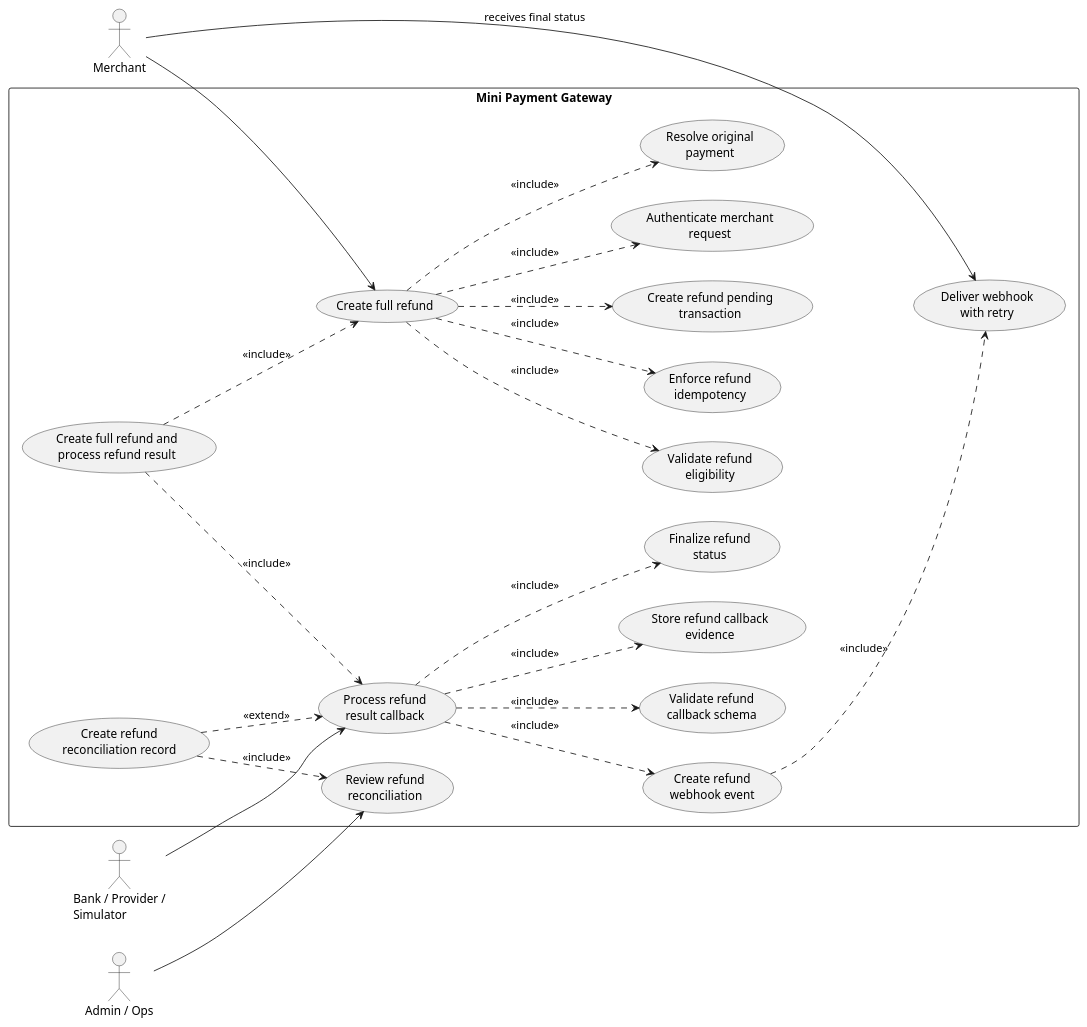
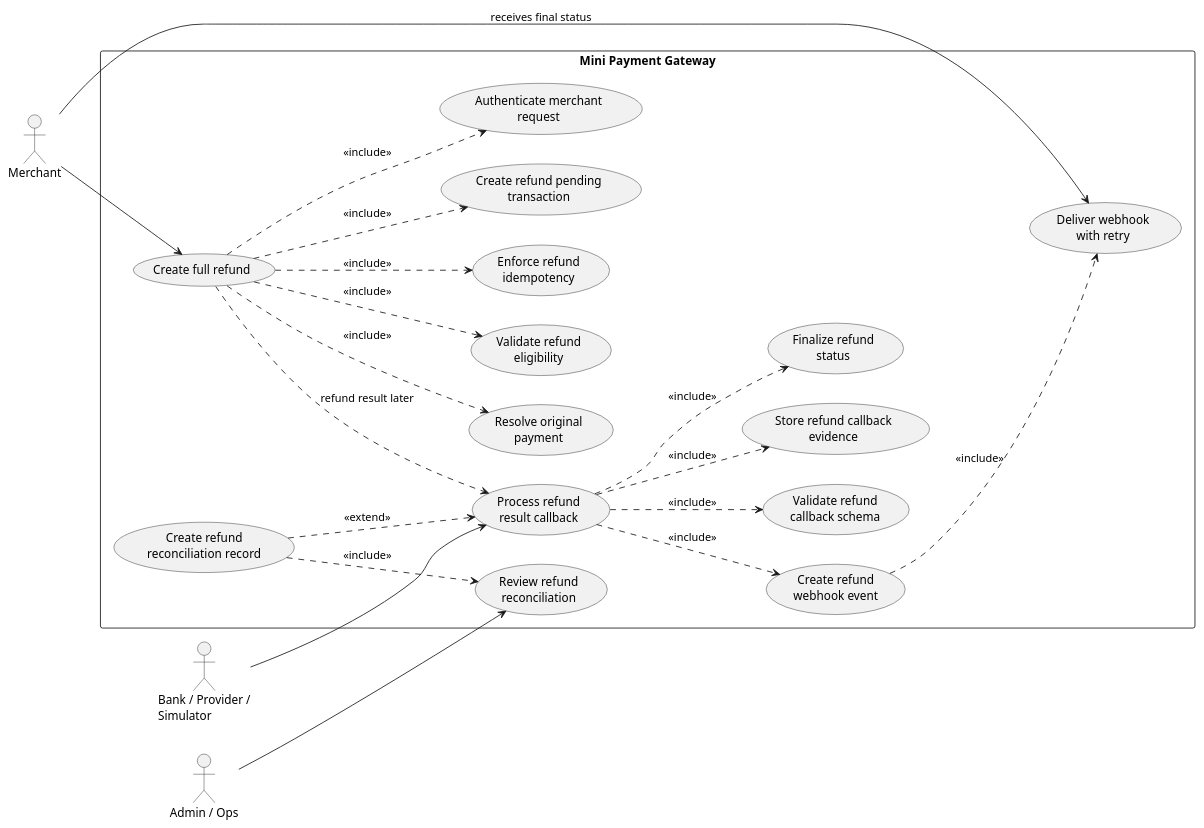
Before and after one commit to biabeogo147/mini-payment-gateway: the fifth of 6 diagrams in docs/product/use-cases.md, drawn with PlantUML. The commit also changed other lines of this file and 1 other file, not shown here.

Commit message:
update uc diagram

````diff
--- a/docs/product/use-cases.md
+++ b/docs/product/use-cases.md
@@ -524,51 +496,49 @@
 ```plantuml
 @startuml uc004_create_full_refund_and_process_result
 left to right direction
 skinparam packageStyle rectangle
 
 actor "Merchant" as Merchant
 actor "Bank / Provider /\nSimulator" as Provider
 actor "Admin / Ops" as Admin
 
 rectangle "Mini Payment Gateway" {
-  usecase "Create full refund and\nprocess refund result" as UC004
   usecase "Create full refund" as UC_CreateRefund
   usecase "Authenticate merchant\nrequest" as UC_Authenticate
   usecase "Resolve original\npayment" as UC_ResolvePayment
   usecase "Validate refund\neligibility" as UC_ValidateRefund
   usecase "Enforce refund\nidempotency" as UC_Idempotency
   usecase "Create refund pending\ntransaction" as UC_CreatePending
   usecase "Process refund\nresult callback" as UC_ProcessCallback
   usecase "Validate refund\ncallback schema" as UC_ValidateCallback
   usecase "Store refund callback\nevidence" as UC_StoreEvidence
   usecase "Finalize refund\nstatus" as UC_FinalizeRefund
   usecase "Create refund\nwebhook event" as UC_CreateWebhook
   usecase "Deliver webhook\nwith retry" as UC005
   usecase "Create refund\nreconciliation record" as UC_Reconcile
   usecase "Review refund\nreconciliation" as UC_ReviewReconciliation
 }
 
 Merchant --> UC_CreateRefund
 Provider --> UC_ProcessCallback
 Merchant --> UC005 : receives final status
 Admin --> UC_ReviewReconciliation
 
-UC004 ..> UC_CreateRefund : <<include>>
-UC004 ..> UC_ProcessCallback : <<include>>
+UC_CreateRefund ..> UC_ProcessCallback : refund result later
 
 UC_CreateRefund ..> UC_Authenticate : <<include>>
 UC_CreateRefund ..> UC_ResolvePayment : <<include>>
 UC_CreateRefund ..> UC_ValidateRefund : <<include>>
 UC_CreateRefund ..> UC_Idempotency : <<include>>
 UC_CreateRefund ..> UC_CreatePending : <<include>>
 
 UC_ProcessCallback ..> UC_ValidateCallback : <<include>>
 UC_ProcessCallback ..> UC_StoreEvidence : <<include>>
 UC_ProcessCallback ..> UC_FinalizeRefund : <<include>>
 UC_ProcessCallback ..> UC_CreateWebhook : <<include>>
 UC_CreateWebhook ..> UC005 : <<include>>
 
 UC_Reconcile ..> UC_ProcessCallback : <<extend>>
 UC_Reconcile ..> UC_ReviewReconciliation : <<include>>
 @enduml
 ```
````
